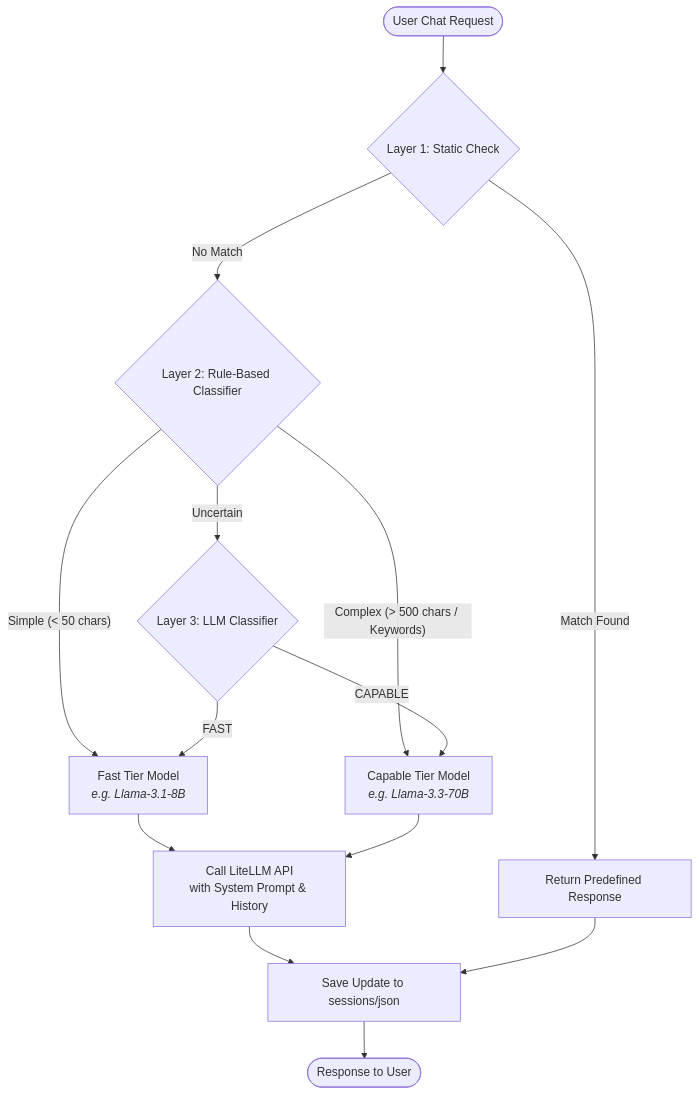
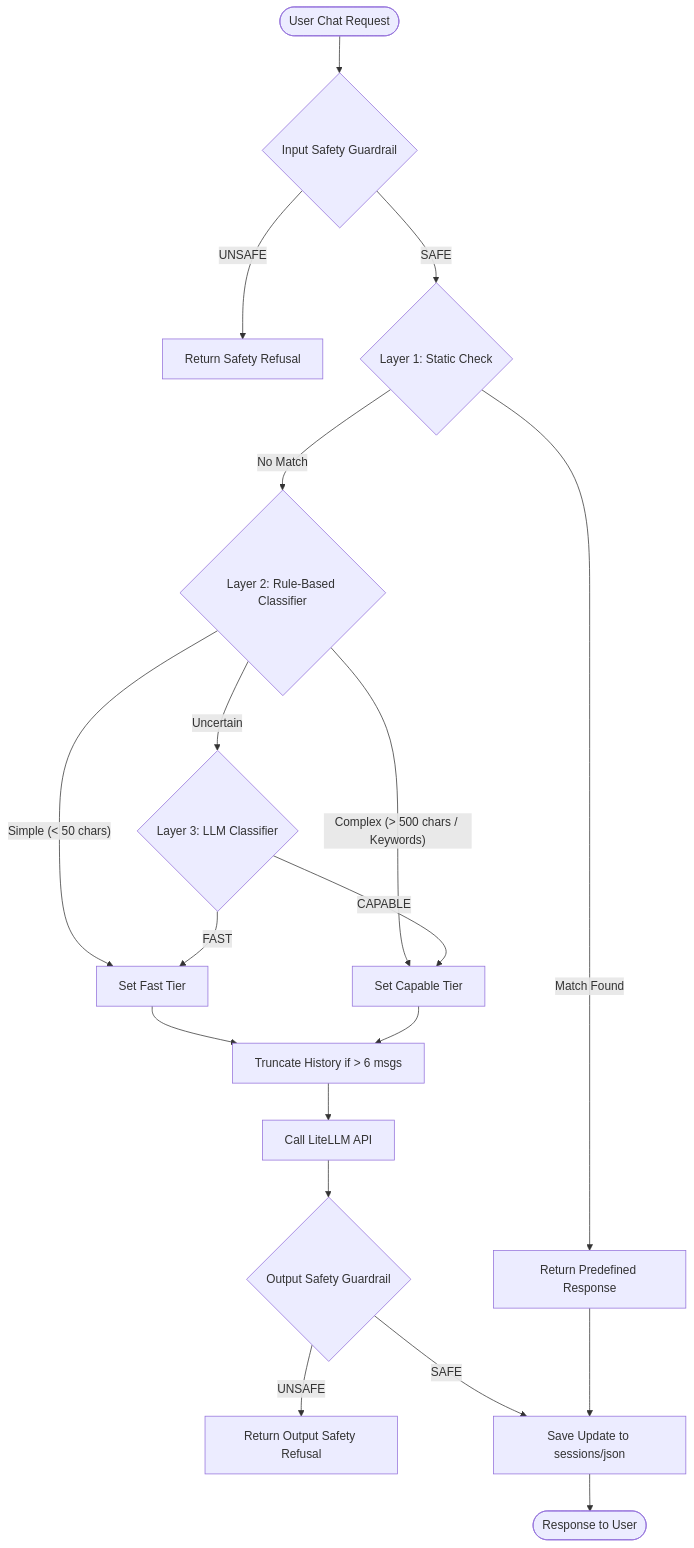
One commit to Vishwas-Chakilam/chatbot-litellm changed the diagram in documentation.md. Above: the diagram before and after it, drawn with Mermaid. The commit also changed other lines of this file and 6 other files, not shown here.

````diff
--- a/documentation.md
+++ b/documentation.md
@@ -39,21 +39,28 @@
 ```mermaid
 graph TD
-    User([User Chat Request]) --> L1{Layer 1: Static Check}
+    User([User Chat Request]) --> InputGuard{Input Safety Guardrail}
+    InputGuard -- UNSAFE --> RefuseInput[Return Safety Refusal]
+    InputGuard -- SAFE --> L1{Layer 1: Static Check}
     
     L1 -- Match Found --> ReturnStatic[Return Predefined Response]
     L1 -- No Match --> L2{Layer 2: Rule-Based Classifier}
     
-    L2 -- "Simple (< 50 chars)" --> FastTier[Fast Tier Model<br/><i>e.g. Llama-3.1-8B</i>]
-    L2 -- "Complex (> 500 chars / Keywords)" --> CapableTier[Capable Tier Model<br/><i>e.g. Llama-3.3-70B</i>]
+    L2 -- "Simple (< 50 chars)" --> SetFast[Set Fast Tier]
+    L2 -- "Complex (> 500 chars / Keywords)" --> SetCapable[Set Capable Tier]
     L2 -- Uncertain --> L3{Layer 3: LLM Classifier}
     
-    L3 -- FAST --> FastTier
-    L3 -- CAPABLE --> CapableTier
+    L3 -- FAST --> SetFast
+    L3 -- CAPABLE --> SetCapable
     
-    FastTier --> CallAPI[Call LiteLLM API<br/>with System Prompt & History]
-    CapableTier --> CallAPI
+    SetFast --> TruncateHistory[Truncate History if > 6 msgs]
+    SetCapable --> TruncateHistory
     
-    CallAPI --> SaveHistory[Save Update to sessions/json]
+    TruncateHistory --> CallAPI[Call LiteLLM API]
+    
+    CallAPI --> OutputGuard{Output Safety Guardrail}
+    OutputGuard -- UNSAFE --> RefuseOutput[Return Output Safety Refusal]
+    OutputGuard -- SAFE --> SaveHistory[Save Update to sessions/json]
+    
     SaveHistory --> Response([Response to User])
     ReturnStatic --> SaveHistory
 ```
````
